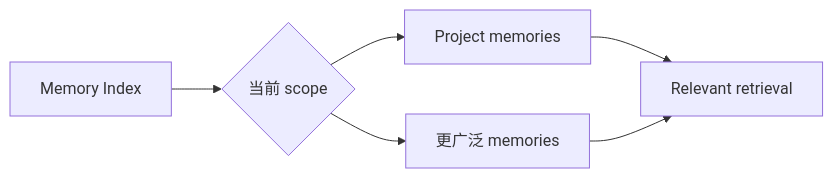
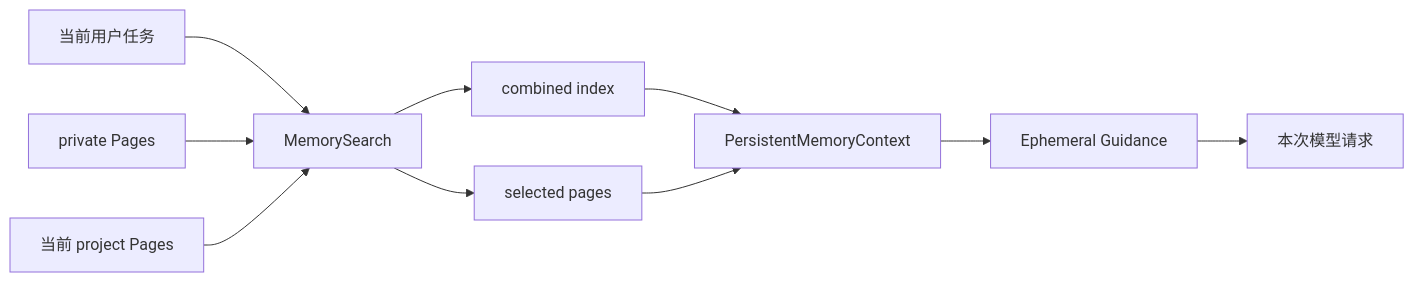
The ninth of 16 diagrams in docs/11-long-term-memory.md (Arthur999459up/GitAgent), drawn with Mermaid before and after one commit. The commit also changed other lines of this file and 3 other files, not shown here.

````diff
--- a/docs/11-long-term-memory.md
+++ b/docs/11-long-term-memory.md
@@ -160,8 +526,12 @@
 ```mermaid
 flowchart LR
-    M[Memory Index] --> S{当前 scope}
-    S --> P[Project memories]
-    S --> G[更广泛 memories]
-    P --> R[Relevant retrieval]
-    G --> R
+    Q[当前用户任务] --> S[MemorySearch]
+    P[private Pages] --> S
+    R[当前 project Pages] --> S
+    S --> I[combined index]
+    S --> H[selected pages]
+    I --> C[PersistentMemoryContext]
+    H --> C
+    C --> G[Ephemeral Guidance]
+    G --> M[本次模型请求]
 ```
````
